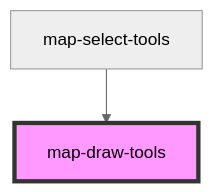
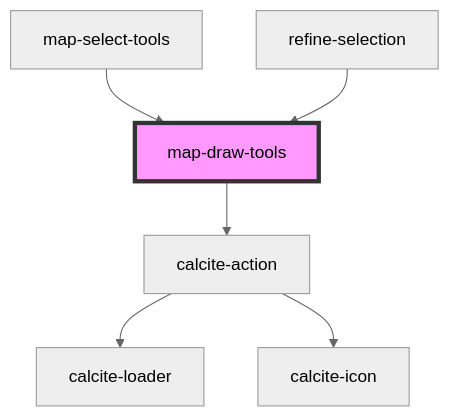
Before and after one commit to Esri/solutions-components: the diagram in src/components/map-draw-tools/readme.md, drawn with Mermaid (neutral theme). The commit also changed other lines of this file and 18 other files, not shown here.

````diff
--- a/src/components/map-draw-tools/readme.md
+++ b/src/components/map-draw-tools/readme.md
@@ -48,5 +56,9 @@
 ```mermaid
 graph TD;
+  map-draw-tools --> calcite-action
+  calcite-action --> calcite-loader
+  calcite-action --> calcite-icon
   map-select-tools --> map-draw-tools
+  refine-selection --> map-draw-tools
   style map-draw-tools fill:#f9f,stroke:#333,stroke-width:4px
 ```
````
